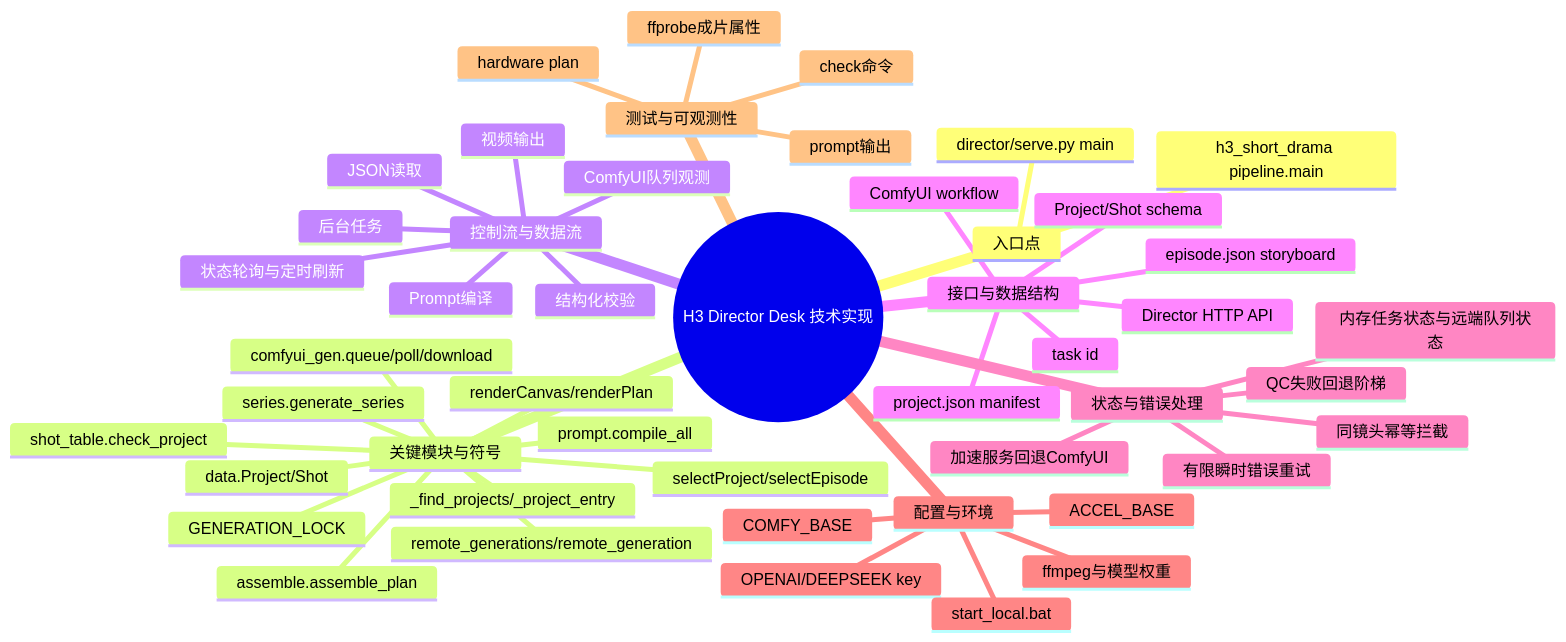
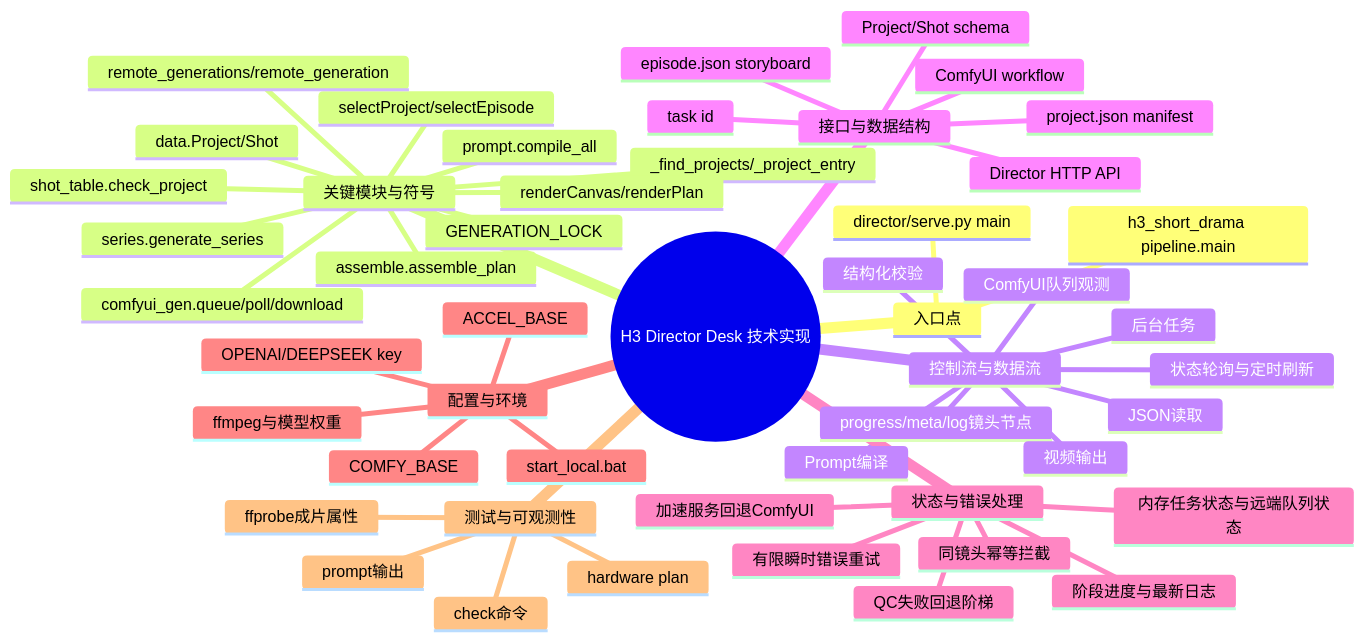
Before and after one commit to Exalex/h3-director-desk: the diagram in docs/project-evolution/mindmaps/technical-implementation.md, drawn with Mermaid. The commit also changed other lines of this file and 11 other files, not shown here.

````diff
--- a/docs/project-evolution/mindmaps/technical-implementation.md
+++ b/docs/project-evolution/mindmaps/technical-implementation.md
@@ -3,51 +3,53 @@
 ```mermaid
 mindmap
   root((H3 Director Desk 技术实现))
     入口点
       director/serve.py main
       h3_short_drama pipeline.main
     关键模块与符号
       _find_projects/_project_entry
       selectProject/selectEpisode
       renderCanvas/renderPlan
       data.Project/Shot
       shot_table.check_project
       prompt.compile_all
       comfyui_gen.queue/poll/download
       remote_generations/remote_generation
       GENERATION_LOCK
       series.generate_series
       assemble.assemble_plan
     控制流与数据流
       JSON读取
       结构化校验
       Prompt编译
       后台任务
       ComfyUI队列观测
       状态轮询与定时刷新
+      progress/meta/log镜头节点
       视频输出
     接口与数据结构
       Director HTTP API
       project.json manifest
       episode.json storyboard
       Project/Shot schema
       ComfyUI workflow
       task id
     状态与错误处理
       内存任务状态与远端队列状态
       同镜头幂等拦截
+      阶段进度与最新日志
       有限瞬时错误重试
       加速服务回退ComfyUI
       QC失败回退阶梯
     配置与环境
       COMFY_BASE
       ACCEL_BASE
       OPENAI/DEEPSEEK key
       ffmpeg与模型权重
       start_local.bat
     测试与可观测性
       check命令
       hardware plan
       prompt输出
       ffprobe成片属性
 ```
````
